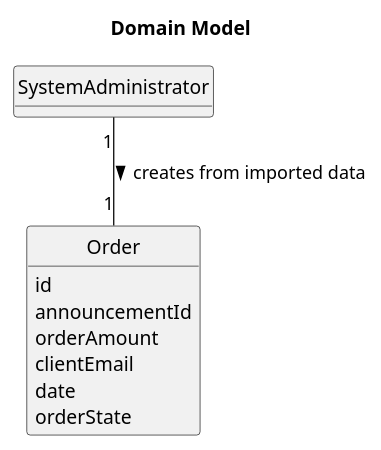
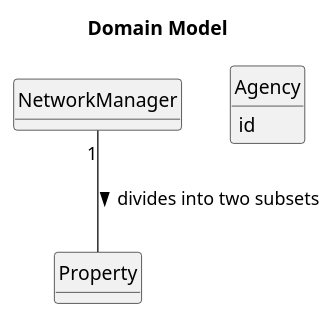
One commit to Goncalves2525/real-estate-management-system changed the diagram in docs/sprintD/us019/02.analysis/puml/us019-domain-model.puml. Above: the diagram before and after it, drawn with PlantUML. The commit also changed 10 other files, not shown here.

Commit message:
[US019] - Changes to the NetworkManagerDivideStoresScene.fxml and NetworkManagerDivideStoresWindow.java

```diff
--- a/docs/sprintD/us019/02.analysis/puml/us019-domain-model.puml
+++ b/docs/sprintD/us019/02.analysis/puml/us019-domain-model.puml
@@ -1,25 +1,27 @@
 @startuml
 skinparam monochrome true
 skinparam packageStyle rectangle
 skinparam shadowing false
-
-'left to right direction
 
 skinparam classAttributeIconSize 0
 
 hide circle
 hide methods
 
 title Domain Model
 
-class Order{
+class NetworkManager {
+
+}
+
+class Agency{
     id
-    announcementId
-    orderAmount
-    clientEmail
-    date
-    orderState
 }
-SystemAdministrator "1" -- "1" Order : creates from imported data >
+
+class Property{
+
+}
+
+NetworkManager "1" -- Property : divides into two subsets >
 
 @enduml
```
